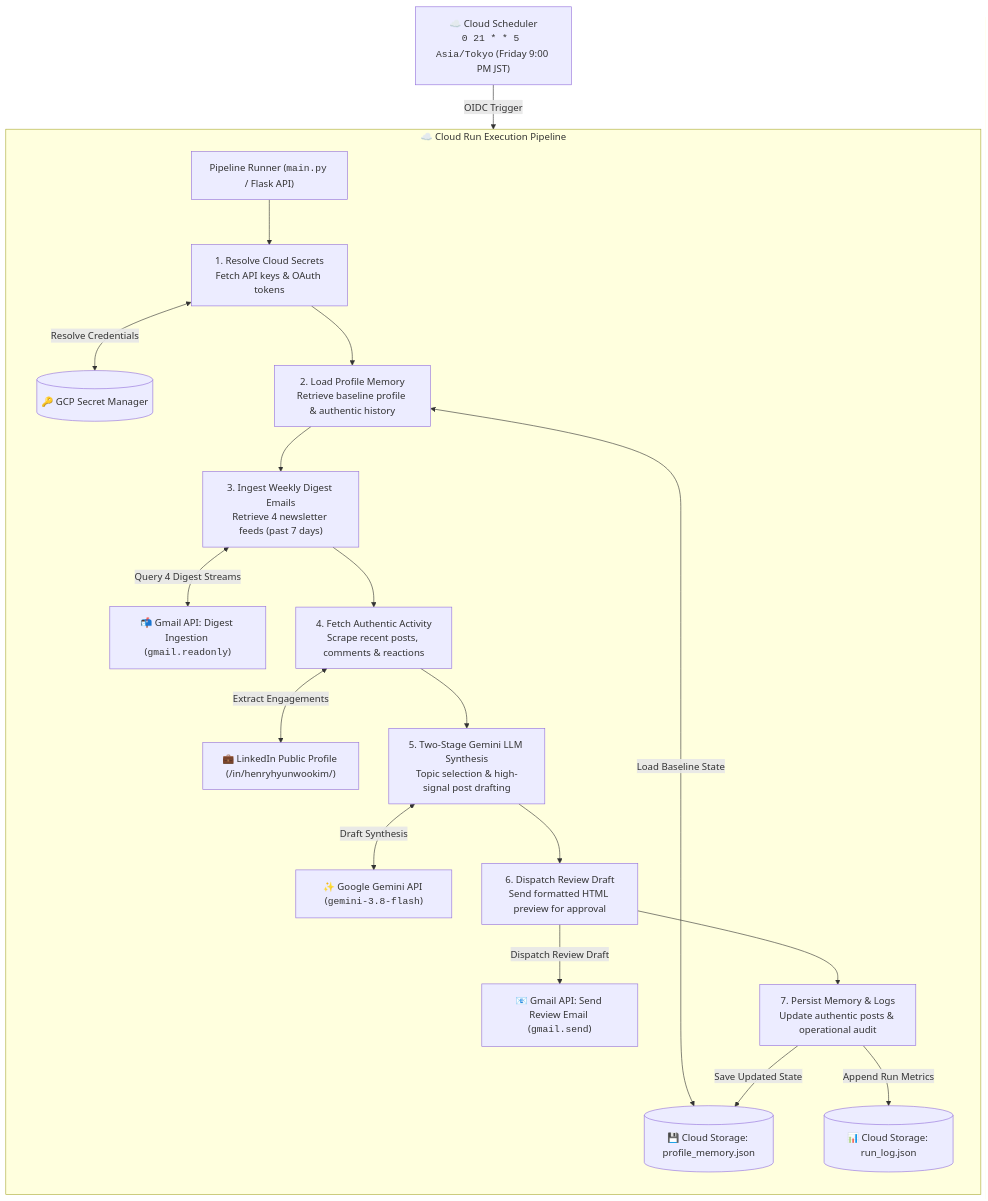
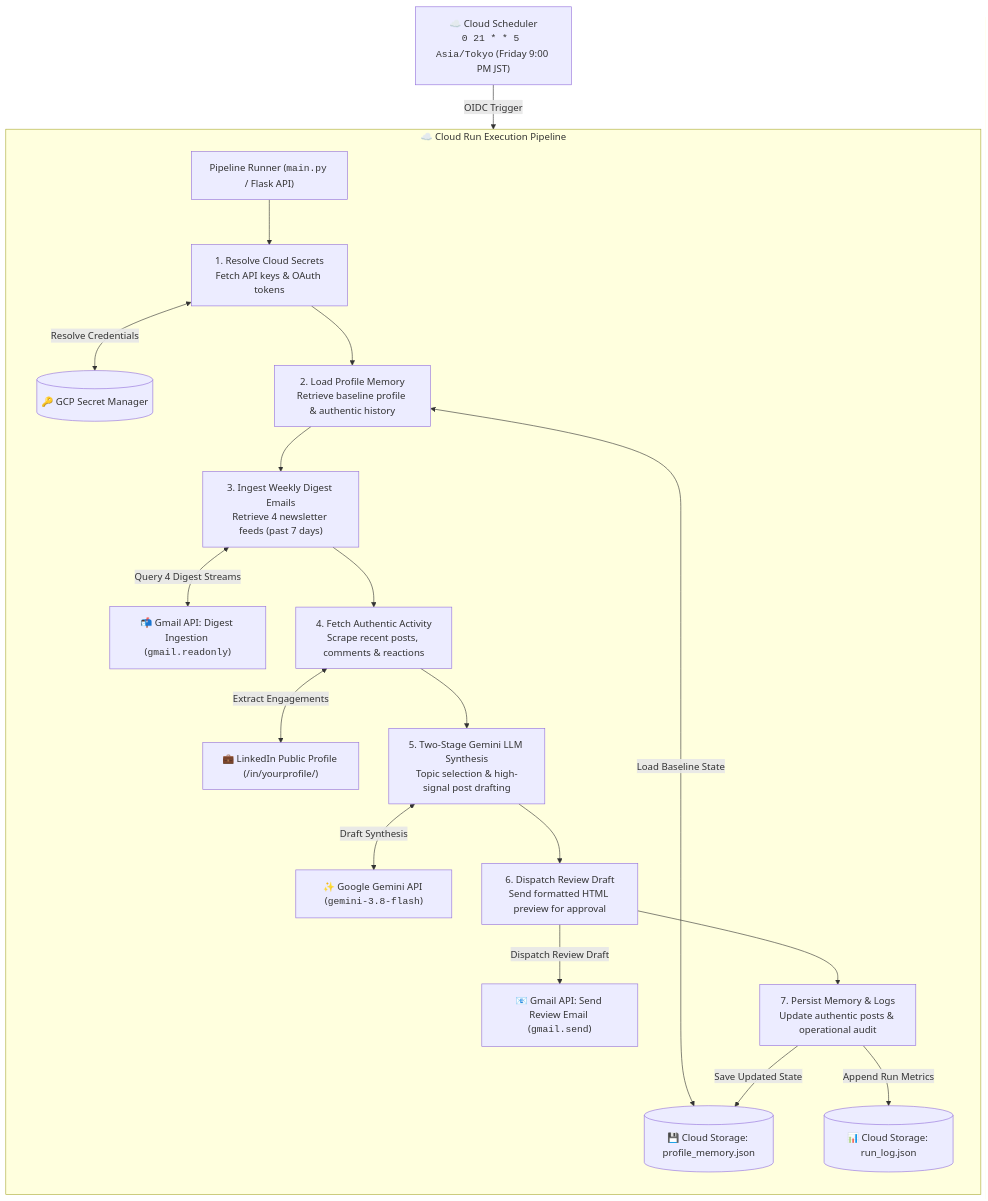
The diagram in README.md (henryhyunwookim/linkedin-post-ghostwriter), drawn with Mermaid before and after one commit. The commit also changed other lines of this file and 9 other files, not shown here.

````diff
--- a/README.md
+++ b/README.md
@@ -15,48 +15,48 @@
 ```mermaid
 flowchart TB
     CS["☁️ Cloud Scheduler<br/><code>0 21 * * 5 Asia/Tokyo</code> (Friday 9:00 PM JST)"]
     
     subgraph Pipeline["☁️ Cloud Run Execution Pipeline"]
         direction TB
         
         APP["Pipeline Runner (<code>main.py</code> / Flask API)"]
         
         S1["1. Resolve Cloud Secrets<br/>Fetch API keys & OAuth tokens"]
         SM[("🔑 GCP Secret Manager")]
         
         S2["2. Load Profile Memory<br/>Retrieve baseline profile & authentic history"]
         GCS_MEM[("💾 Cloud Storage: profile_memory.json")]
         
         S3["3. Ingest Weekly Digest Emails<br/>Retrieve 4 newsletter feeds (past 7 days)"]
         GMAIL_IN["📬 Gmail API: Digest Ingestion (<code>gmail.readonly</code>)"]
         
         S4["4. Fetch Authentic Activity<br/>Scrape recent posts, comments & reactions"]
-        LI["💼 LinkedIn Public Profile (/in/henryhyunwookim/)"]
+        LI["💼 LinkedIn Public Profile (/in/yourprofile/)"]
         
         S5["5. Two-Stage Gemini LLM Synthesis<br/>Topic selection & high-signal post drafting"]
         GEMINI["✨ Google Gemini API (<code>gemini-3.8-flash</code>)"]
         
         S6["6. Dispatch Review Draft<br/>Send formatted HTML preview for approval"]
         GMAIL_OUT["📧 Gmail API: Send Review Email (<code>gmail.send</code>)"]
         
         S7["7. Persist Memory & Logs<br/>Update authentic posts & operational audit"]
         GCS_LOG[("📊 Cloud Storage: run_log.json")]
     end
 
     CS -->|"OIDC Trigger"| APP
     APP --> S1
     S1 <-->|"Resolve Credentials"| SM
     S1 --> S2
     S2 <-->|"Load Baseline State"| GCS_MEM
     S2 --> S3
     S3 <-->|"Query 4 Digest Streams"| GMAIL_IN
     S3 --> S4
     S4 <-->|"Extract Engagements"| LI
     S4 --> S5
     S5 <-->|"Draft Synthesis"| GEMINI
     S5 --> S6
     S6 -->|"Dispatch Review Draft"| GMAIL_OUT
     S6 --> S7
     S7 -->|"Append Run Metrics"| GCS_LOG
     S7 -->|"Save Updated State"| GCS_MEM
 ```
````
